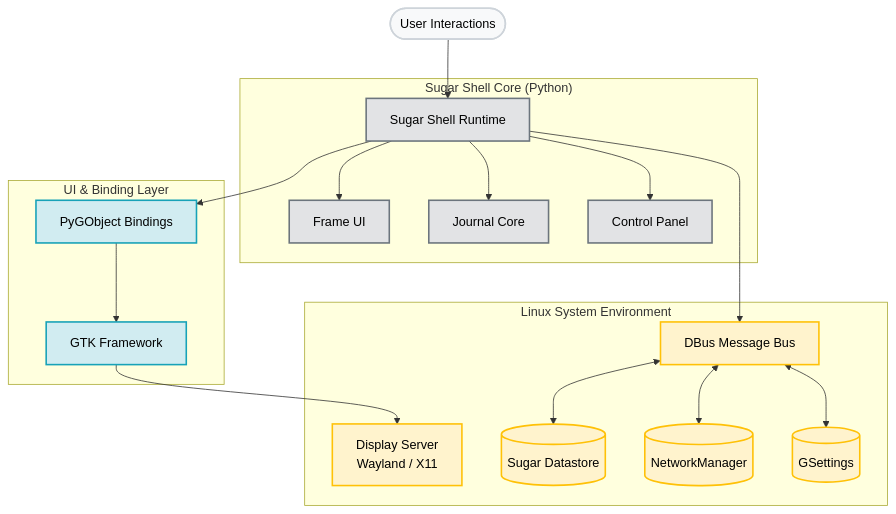
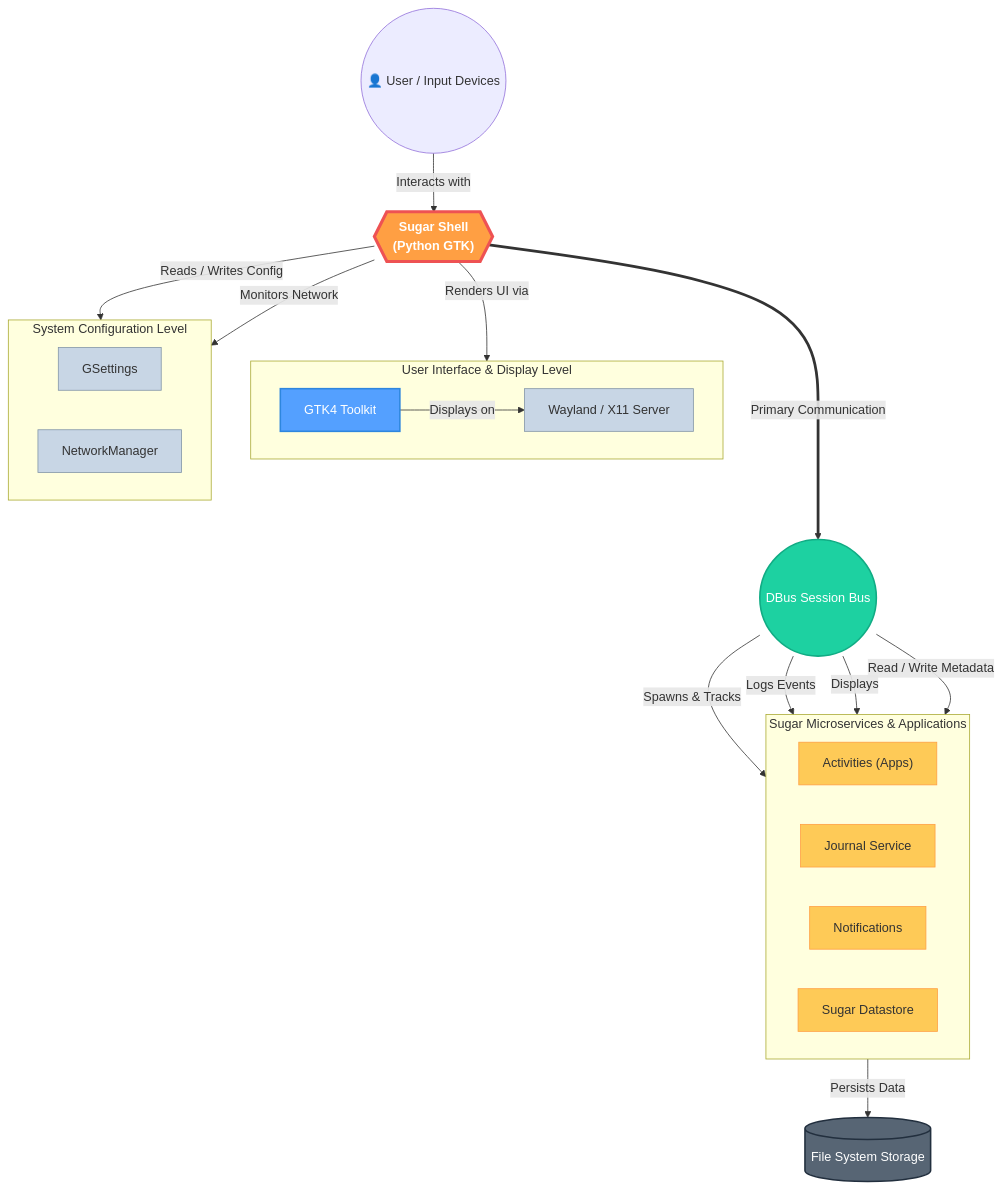
Before and after one commit to Dev10-sys/sugar-proposal-gtk: the first of 7 diagrams in proposal.md, drawn with Mermaid. The commit also changed other lines of this file, not shown here.

````diff
--- a/proposal.md
+++ b/proposal.md
@@ -82,48 +85,68 @@
 ```mermaid
 flowchart TD
-    classDef userLayer fill:#f8f9fa,stroke:#ced4da,stroke-width:2px,color:#000;
-    classDef shellLayer fill:#e2e3e5,stroke:#6c757d,stroke-width:2px,color:#000;
-    classDef runtimeLayer fill:#d1ecf1,stroke:#17a2b8,stroke-width:2px,color:#000;
-    classDef osLayer fill:#fff3cd,stroke:#ffc107,stroke-width:2px,color:#000;
+    %% Top Level User Interaction
+    User((👤 User / Input Devices))
 
-    User(["User Interactions"])
-    class User userLayer;
+    %% User Interface & System Display Layer
+    subgraph UI_Layer ["User Interface & Display Level"]
+        direction LR
+        GTK["GTK4 Toolkit"]
+        Display["Wayland / X11 Server"]
+    end
 
-    User --> SS
+    %% The Middle Layer (Core)
+    Shell{{"Sugar Shell\n(Python GTK)"}}
 
-    subgraph ShellLayer ["Sugar Shell Core (Python)"]
-        SS["Sugar Shell Runtime"]
-        F["Frame UI"]
-        J["Journal Core"]
-        CP["Control Panel"]
-        
-        SS --> F
-        SS --> J
-        SS --> CP
+    %% System Configuration
+    subgraph Config_Layer ["System Configuration Level"]
+        direction LR
+        GSettings["GSettings"]
+        NetworkManager["NetworkManager"]
     end
-    class SS,F,J,CP shellLayer;
 
-    subgraph ToolkitIntegration ["UI & Binding Layer"]
-        PyG["PyGObject Bindings"]
-        GTK["GTK Framework"]
-        
-        SS --> PyG
-        PyG --> GTK
+    %% IPC Communication Layer
+    DBus(("DBus Session Bus"))
+
+    %% Background Services
+    subgraph Services_Layer ["Sugar Microservices & Applications"]
+        direction LR
+        Activities["Activities (Apps)"]
+        Journal["Journal Service"]
+        Notifications["Notifications"]
+        Datastore["Sugar Datastore"]
     end
-    class PyG,GTK runtimeLayer;
 
-    subgraph OSLayer ["Linux System Environment"]
-        Disp["Display Server<br/>Wayland / X11"]
-        DBus["DBus Message Bus"]
-        Data[("Sugar Datastore")]
-        NM[("NetworkManager")]
-        GS[("GSettings")]
-        
-        GTK --> Disp
-        SS --> DBus
-        DBus <--> Data
-        DBus <--> NM
-        DBus <--> GS
-    end
-    class Disp,DBus,Data,NM,GS osLayer;
+    %% Persistence Layer
+    Storage[("File System Storage")]
+
+    %% Interactions emphasizing Sugar Shell as the Middle Layer
+    User -->|Interacts with| Shell
+
+    Shell -->|Renders UI via| GTK
+    GTK -->|Displays on| Display
+
+    Shell -->|Reads / Writes Config| GSettings
+    Shell -->|Monitors Network| NetworkManager
+
+    Shell ===>|Primary Communication| DBus
+
+    DBus -->|Spawns & Tracks| Activities
+    DBus -->|Logs Events| Journal
+    DBus -->|Displays| Notifications
+    DBus -->|Read / Write Metadata| Datastore
+
+    Datastore -->|Persists Data| Storage
+
+    %% Styling for Professional Architectural Look
+    style Shell fill:#ff9f43,stroke:#ee5253,stroke-width:4px,color:#fff,font-weight:bold
+    style DBus fill:#1dd1a1,stroke:#10ac84,stroke-width:2px,color:#fff
+    style GTK fill:#54a0ff,stroke:#2e86de,stroke-width:2px,color:#fff
+    style Display fill:#c8d6e5,stroke:#8395a7,stroke-width:1px
+    style GSettings fill:#c8d6e5,stroke:#8395a7,stroke-width:1px
+    style NetworkManager fill:#c8d6e5,stroke:#8395a7,stroke-width:1px
+    style Storage fill:#576574,stroke:#222f3e,stroke-width:2px,color:#fff
+    style Activities fill:#feca57,stroke:#ff9f43,stroke-width:1px
+    style Journal fill:#feca57,stroke:#ff9f43,stroke-width:1px
+    style Datastore fill:#feca57,stroke:#ff9f43,stroke-width:1px
+    style Notifications fill:#feca57,stroke:#ff9f43,stroke-width:1px
 ```
````
